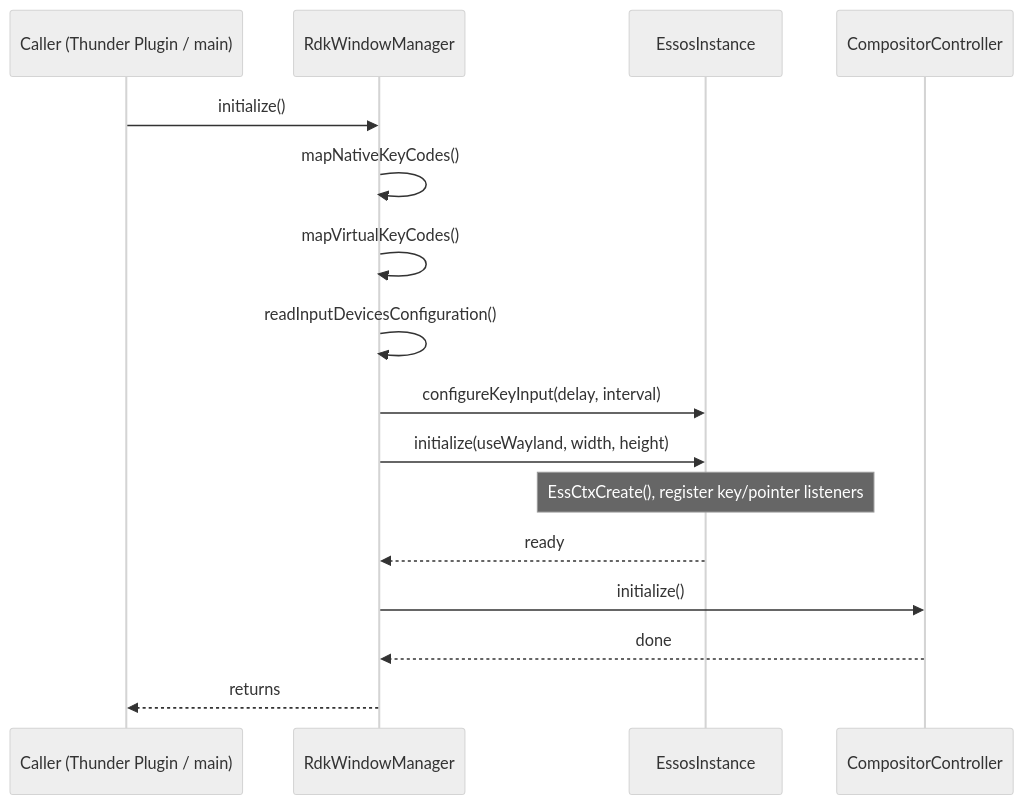
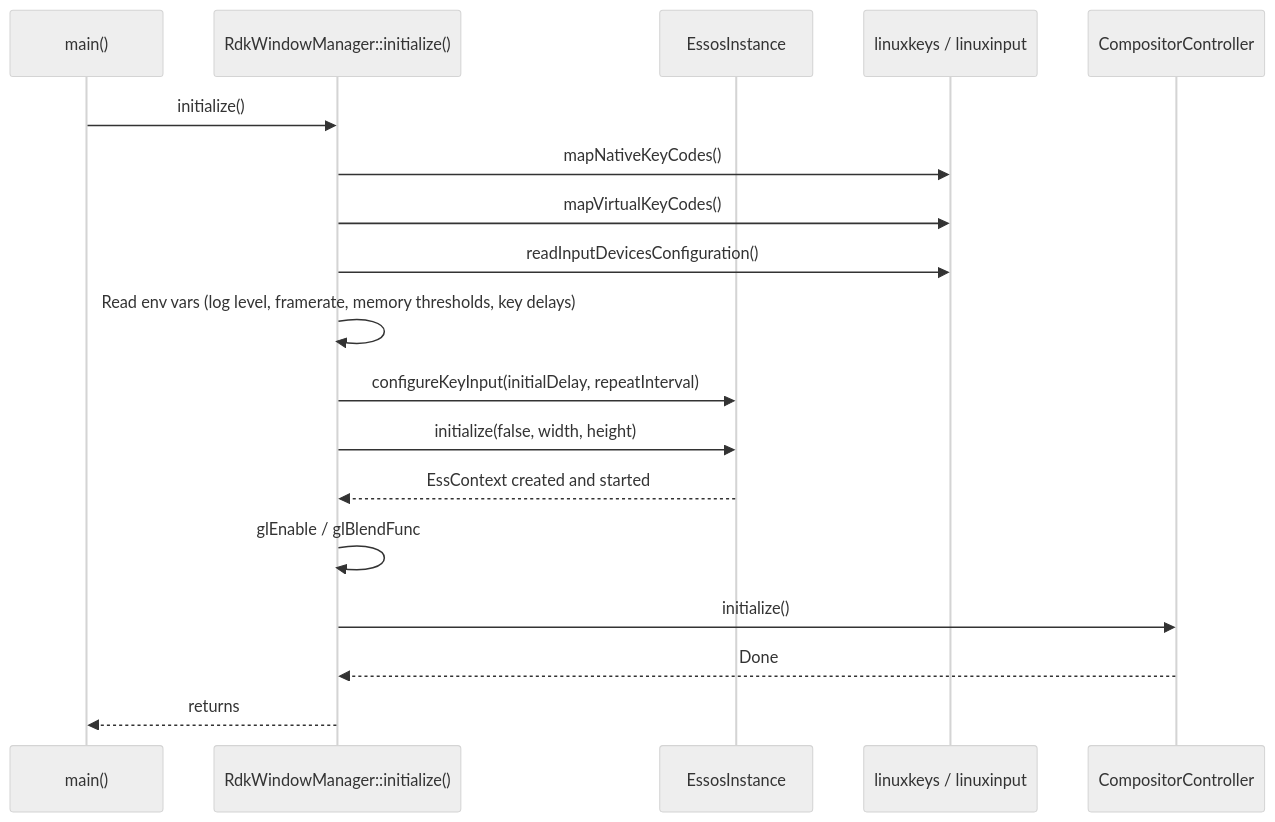
One commit to rns21/RDK_Documentation changed the fourth of 8 diagrams in docs/docu/RDKV-Documentations/rdkwindowmgr.md. Above: the diagram before and after it, drawn with Mermaid (neutral theme). The commit also changed other lines of this file, not shown here.

````diff
--- a/docs/docu/RDKV-Documentations/rdkwindowmgr.md
+++ b/docs/docu/RDKV-Documentations/rdkwindowmgr.md
@@ -210,19 +211,21 @@
 ```mermaid
 sequenceDiagram
-    participant Caller as Caller (Thunder Plugin / main)
-    participant RWM as RdkWindowManager
+    participant Main as main()
+    participant WM as RdkWindowManager::initialize()
     participant Essos as EssosInstance
+    participant Keys as linuxkeys / linuxinput
     participant CC as CompositorController
 
-    Caller->>RWM: initialize()
-    RWM->>RWM: mapNativeKeyCodes()
-    RWM->>RWM: mapVirtualKeyCodes()
-    RWM->>RWM: readInputDevicesConfiguration()
-    RWM->>Essos: configureKeyInput(delay, interval)
-    RWM->>Essos: initialize(useWayland, width, height)
-    Note over Essos: EssCtxCreate(), register key/pointer listeners
-    Essos-->>RWM: ready
-    RWM->>CC: initialize()
-    CC-->>RWM: done
-    RWM-->>Caller: returns
+    Main->>WM: initialize()
+    WM->>Keys: mapNativeKeyCodes()
+    WM->>Keys: mapVirtualKeyCodes()
+    WM->>Keys: readInputDevicesConfiguration()
+    WM->>WM: Read env vars (log level, framerate, memory thresholds, key delays)
+    WM->>Essos: configureKeyInput(initialDelay, repeatInterval)
+    WM->>Essos: initialize(false, width, height)
+    Essos-->>WM: EssContext created and started
+    WM->>WM: glEnable / glBlendFunc
+    WM->>CC: initialize()
+    CC-->>WM: Done
+    WM-->>Main: returns
 ```
````
